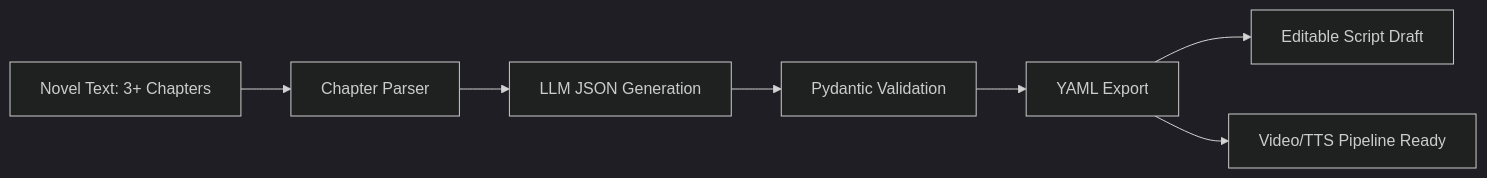
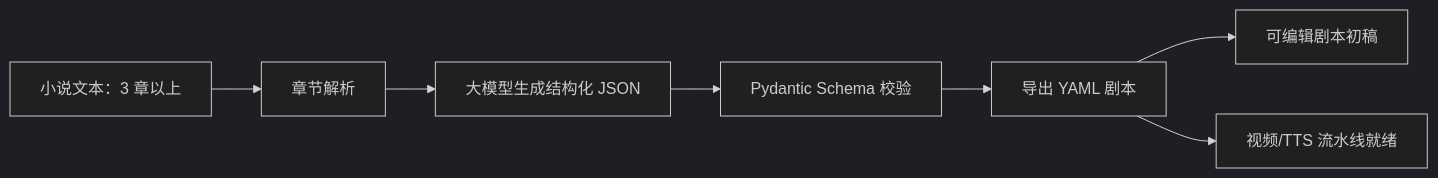
One commit to wangzichang224-design/ReelForge-YAML changed the diagram in README.md. Above: the diagram before and after it, drawn with Mermaid (dark theme). The commit also changed other lines of this file and 3 other files, not shown here.

````diff
--- a/README.md
+++ b/README.md
@@ -79,9 +86,9 @@
 ```mermaid
 flowchart LR
-    A["Novel Text: 3+ Chapters"] --> B["Chapter Parser"]
-    B --> C["LLM JSON Generation"]
-    C --> D["Pydantic Validation"]
-    D --> E["YAML Export"]
-    E --> F["Editable Script Draft"]
-    E --> G["Video/TTS Pipeline Ready"]
+    A["小说文本：3 章以上"] --> B["章节解析"]
+    B --> C["大模型生成结构化 JSON"]
+    C --> D["Pydantic Schema 校验"]
+    D --> E["导出 YAML 剧本"]
+    E --> F["可编辑剧本初稿"]
+    E --> G["视频/TTS 流水线就绪"]
 ```
````
